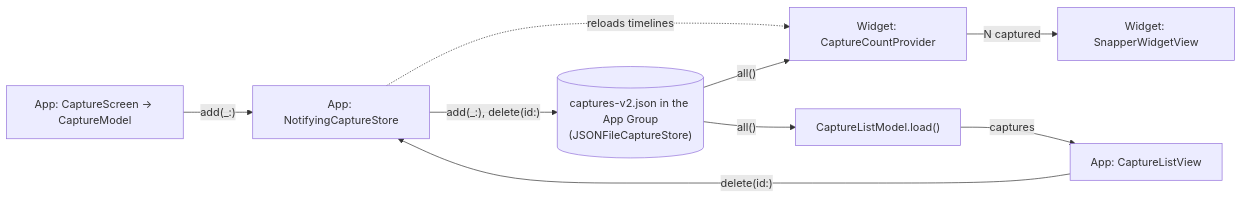
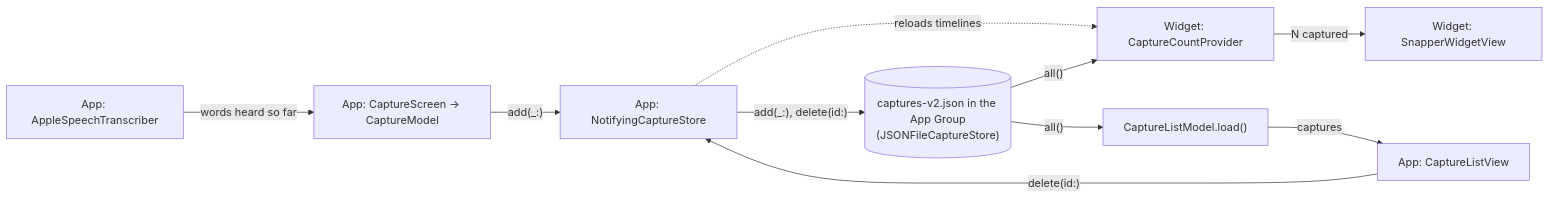
The second of 4 diagrams in docs/architecture.md (southp/buffer-snap), drawn with Mermaid before and after one commit. The commit also changed other lines of this file and 1 other file, not shown here.

First line of the commit message:
Docs: Record dictation's over-limit rule and its place in the architecture

````diff
--- a/docs/architecture.md
+++ b/docs/architecture.md
@@ -80,11 +88,12 @@
 ```mermaid
 flowchart LR
+    Mic["App: AppleSpeechTranscriber"] -->|"words heard so far"| Capture
     Capture["App: CaptureScreen → CaptureModel"] -->|"add(_:)"| Notifying["App: NotifyingCaptureStore"]
     Delete["App: CaptureListView"] -->|"delete(id:)"| Notifying
     Notifying -->|"add(_:), delete(id:)"| Store[("captures-v2.json in the App Group<br/>(JSONFileCaptureStore)")]
     Notifying -.->|"reloads timelines"| Timeline["Widget: CaptureCountProvider"]
     Store -->|"all()"| Timeline
     Timeline -->|"N captured"| Face["Widget: SnapperWidgetView"]
     Store -->|"all()"| List["CaptureListModel.load()"]
     List -->|captures| Delete
 ```
````
